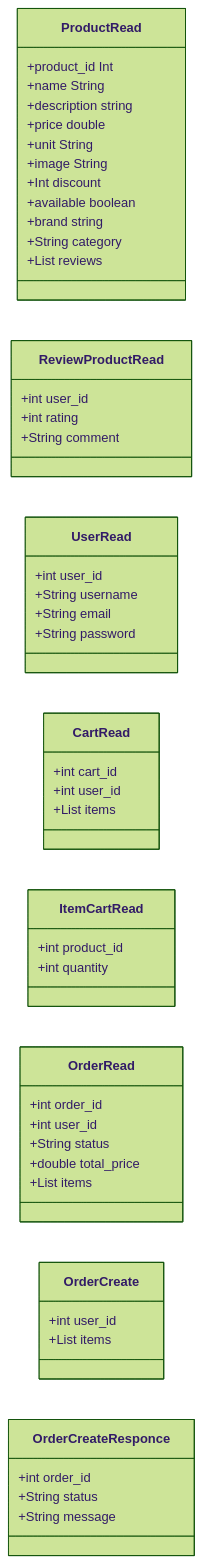
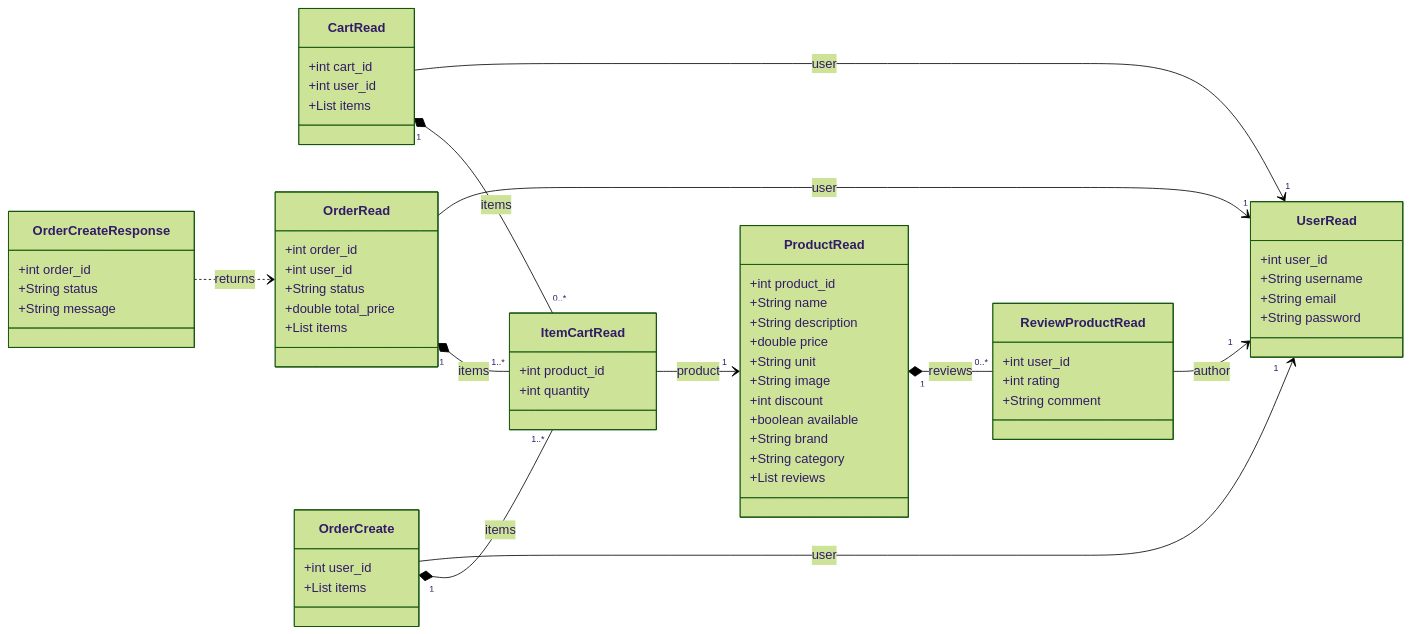
One commit to IMarelja/FakeStore-Project changed the diagram in Diagram/fakestoreapi_shittyAPI.mmd. Above: the diagram before and after it, drawn with Mermaid (forest theme).

Commit message:
fixed again, with relationship

```diff
--- a/Diagram/fakestoreapi_shittyAPI.mmd
+++ b/Diagram/fakestoreapi_shittyAPI.mmd
@@ -1,60 +1,70 @@
 classDiagram
 direction LR
 
-%% FIX IT
 class ProductRead{
-    +product_id Int
-    +name String
-    +description string
-    +price double
-    +unit String
-    +image String
-    +Int discount
-    +available boolean
-    +brand string
+    +int product_id
+    +String name
+    +String description
+    +double price
+    +String unit
+    +String image
+    +int discount
+    +boolean available
+    +String brand
     +String category
     +List<ReviewProductRead> reviews
 }
 
 class ReviewProductRead{
     +int user_id
     +int rating
     +String comment
 }
 
 class UserRead{
     +int user_id
     +String username
     +String email
     +String password
 }
 
 class CartRead{
     +int cart_id
     +int user_id
     +List<ItemCartRead> items
 }
 
 class ItemCartRead{
     +int product_id
     +int quantity
 }
 
 class OrderRead{
     +int order_id
     +int user_id
     +String status
     +double total_price
     +List<ItemCartRead> items
 }
 
 class OrderCreate{
     +int user_id
     +List<ItemCartRead> items
 }
 
-class OrderCreateResponce{
+class OrderCreateResponse{
     +int order_id
     +String status
     +String message
 }
+
+ProductRead "1" *-- "0..*" ReviewProductRead : reviews
+ReviewProductRead --> "1" UserRead : author
+CartRead --> "1" UserRead : user
+CartRead "1" *-- "0..*" ItemCartRead : items
+ItemCartRead --> "1" ProductRead : product
+OrderRead --> "1" UserRead : user
+OrderRead "1" *-- "1..*" ItemCartRead : items
+OrderCreate --> "1" UserRead : user
+OrderCreate "1" *-- "1..*" ItemCartRead : items
+OrderCreateResponse ..> OrderRead : returns
```
